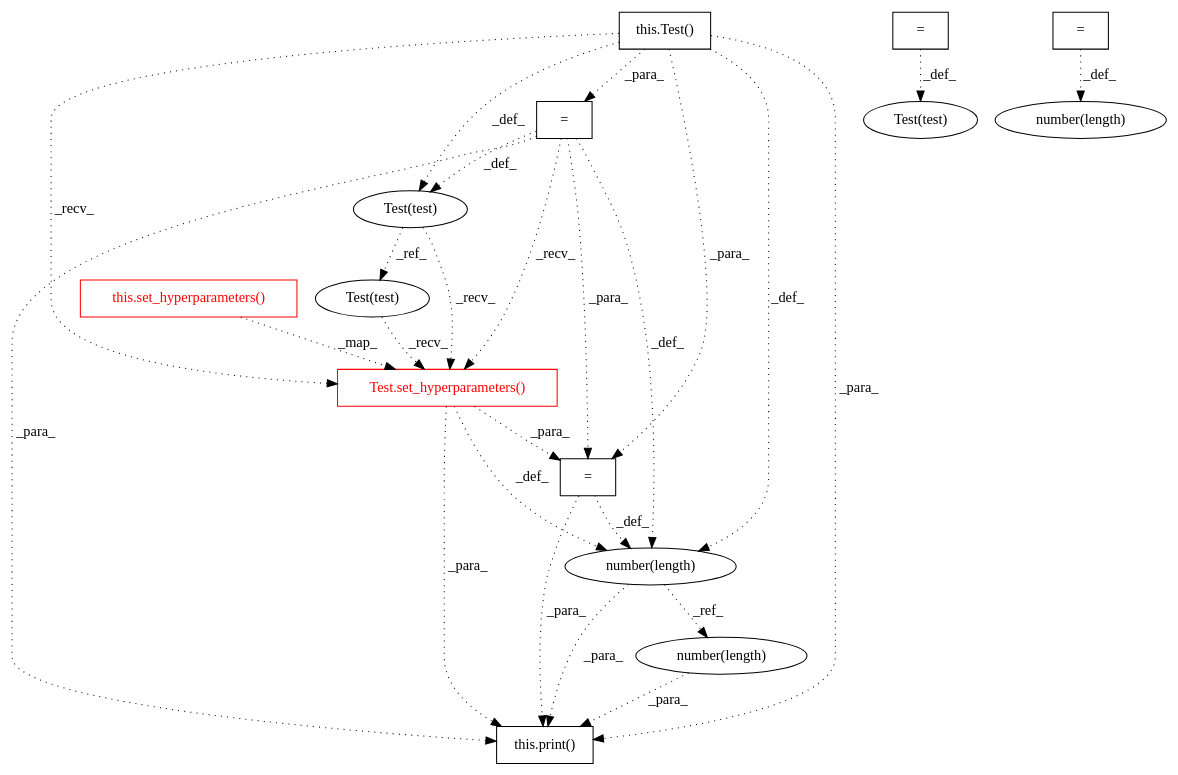
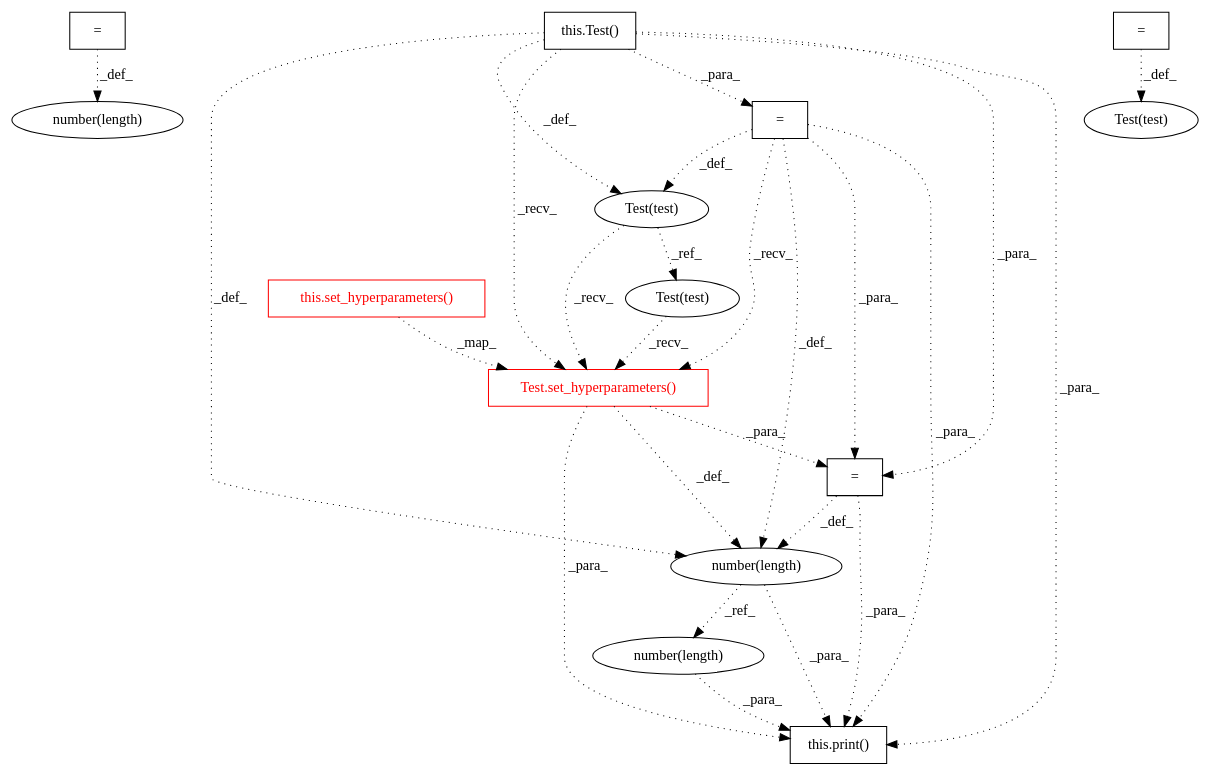
Before and after one commit to maldil/R-CPATMiner: the diagram in AtomicASTChangeMining/OUTPUT/DEBUG/2006b952c4e6e7068dba91b1a9a356e4903dab8c___0.dot, drawn with Graphviz. The commit also changed 705 other files, not shown here.

```diff
--- a/AtomicASTChangeMining/OUTPUT/DEBUG/2006b952c4e6e7068dba91b1a9a356e4903dab8c___0.dot
+++ b/AtomicASTChangeMining/OUTPUT/DEBUG/2006b952c4e6e7068dba91b1a9a356e4903dab8c___0.dot
@@ -1,41 +1,41 @@
 digraph G {
-1 [label="Test.set_hyperparameters()" shape=box color=red fontcolor=red]
+1 [label="number(length)" shape=ellipse]
 2 [label="number(length)" shape=ellipse]
-3 [label="Test(test)" shape=ellipse]
+3 [label="=" shape=box]
 4 [label="Test(test)" shape=ellipse]
-5 [label="=" shape=box]
-6 [label="number(length)" shape=ellipse]
-7 [label="this.Test()" shape=box]
-8 [label="this.set_hyperparameters()" shape=box color=red fontcolor=red]
-9 [label="=" shape=box]
-10 [label="Test(test)" shape=ellipse]
+5 [label="number(length)" shape=ellipse]
+6 [label="Test(test)" shape=ellipse]
+7 [label="Test(test)" shape=ellipse]
+8 [label="Test.set_hyperparameters()" shape=box color=red fontcolor=red]
+9 [label="this.set_hyperparameters()" shape=box color=red fontcolor=red]
+10 [label="=" shape=box]
 11 [label="=" shape=box]
-12 [label="number(length)" shape=ellipse]
-13 [label="=" shape=box]
-14 [label="this.print()" shape=box]
-10 -> 1 [label="_recv_" style=dotted];
-3 -> 1 [label="_recv_" style=dotted];
-13 -> 1 [label="_recv_" style=dotted];
-7 -> 1 [label="_recv_" style=dotted];
-8 -> 1 [label="_map_" style=dotted];
-9 -> 2 [label="_def_" style=dotted];
-1 -> 2 [label="_def_" style=dotted];
+12 [label="this.print()" shape=box]
+13 [label="this.Test()" shape=box]
+14 [label="=" shape=box]
+3 -> 1 [label="_def_" style=dotted];
+11 -> 2 [label="_def_" style=dotted];
+8 -> 2 [label="_def_" style=dotted];
+14 -> 2 [label="_def_" style=dotted];
 13 -> 2 [label="_def_" style=dotted];
-7 -> 2 [label="_def_" style=dotted];
-13 -> 3 [label="_def_" style=dotted];
-7 -> 3 [label="_def_" style=dotted];
-5 -> 4 [label="_def_" style=dotted];
-2 -> 6 [label="_ref_" style=dotted];
-1 -> 9 [label="_para_" style=dotted];
-13 -> 9 [label="_para_" style=dotted];
-7 -> 9 [label="_para_" style=dotted];
-3 -> 10 [label="_ref_" style=dotted];
-11 -> 12 [label="_def_" style=dotted];
-7 -> 13 [label="_para_" style=dotted];
-6 -> 14 [label="_para_" style=dotted];
-2 -> 14 [label="_para_" style=dotted];
-9 -> 14 [label="_para_" style=dotted];
-1 -> 14 [label="_para_" style=dotted];
+10 -> 4 [label="_def_" style=dotted];
+2 -> 5 [label="_ref_" style=dotted];
+14 -> 6 [label="_def_" style=dotted];
+13 -> 6 [label="_def_" style=dotted];
+6 -> 7 [label="_ref_" style=dotted];
+7 -> 8 [label="_recv_" style=dotted];
+6 -> 8 [label="_recv_" style=dotted];
+14 -> 8 [label="_recv_" style=dotted];
+13 -> 8 [label="_recv_" style=dotted];
+9 -> 8 [label="_map_" style=dotted];
+8 -> 11 [label="_para_" style=dotted];
+14 -> 11 [label="_para_" style=dotted];
+13 -> 11 [label="_para_" style=dotted];
+5 -> 12 [label="_para_" style=dotted];
+2 -> 12 [label="_para_" style=dotted];
+11 -> 12 [label="_para_" style=dotted];
+8 -> 12 [label="_para_" style=dotted];
+14 -> 12 [label="_para_" style=dotted];
+13 -> 12 [label="_para_" style=dotted];
 13 -> 14 [label="_para_" style=dotted];
-7 -> 14 [label="_para_" style=dotted];
 }
```
